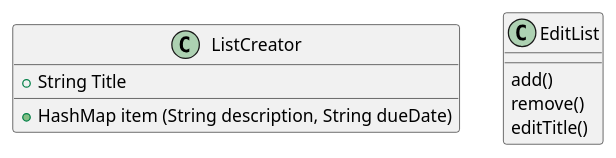
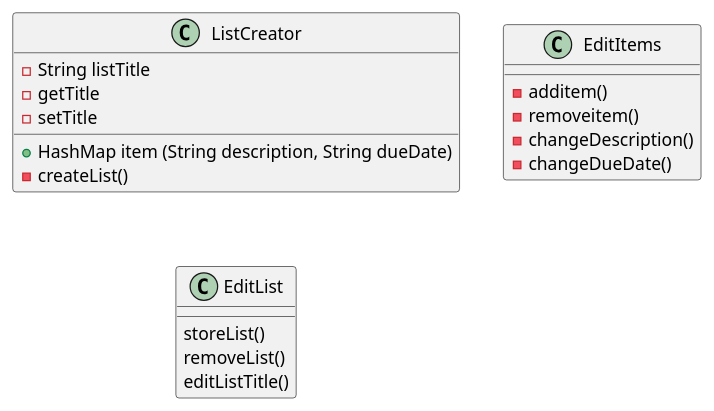
One commit to J-Caques/caques-app1-design changed the diagram in app1/docs/ToDoList.puml. Above: the diagram before and after it, drawn with PlantUML. The commit also changed 8 other files, not shown here.

```diff
--- a/app1/docs/ToDoList.puml
+++ b/app1/docs/ToDoList.puml
@@ -1,15 +1,25 @@
 @startuml
 'https://plantuml.com/class-diagram
 class ListCreator{
- +String Title
+ -String listTitle
  +HashMap item (String description, String dueDate)
+ -getTitle
+ -setTitle
+ -createList()
+}
+
+class EditItems{
+  -additem()
+  -removeitem()
+  -changeDescription()
+  -changeDueDate()
 }
 
 class EditList{
-    add()
-    remove()
-    editTitle()
+    storeList()
+    removeList()
+    editListTitle()
 }
 
 
 @enduml
```
